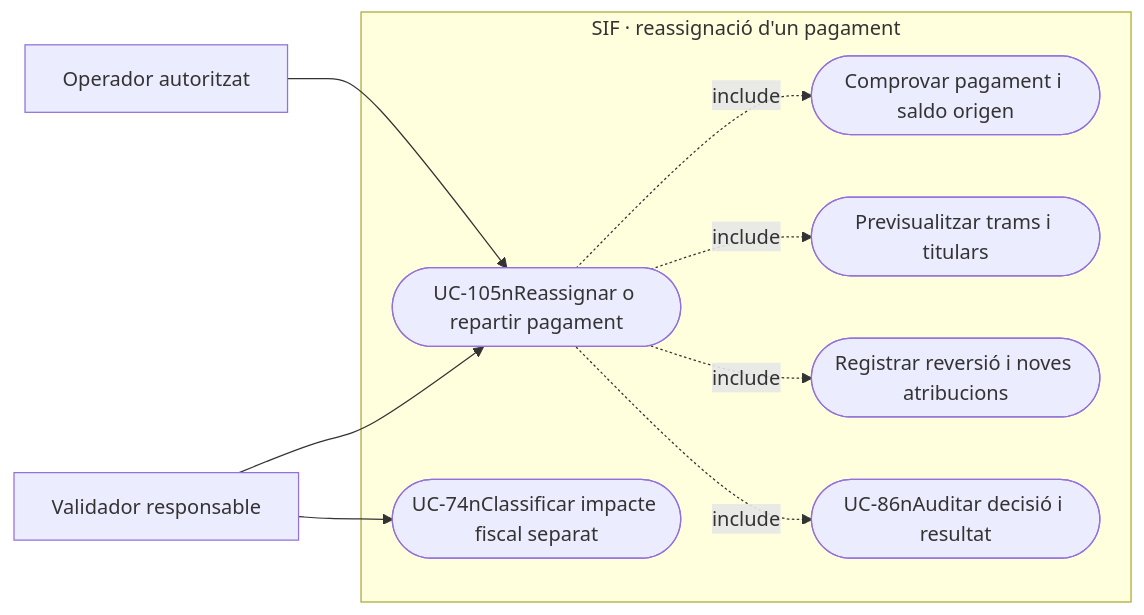
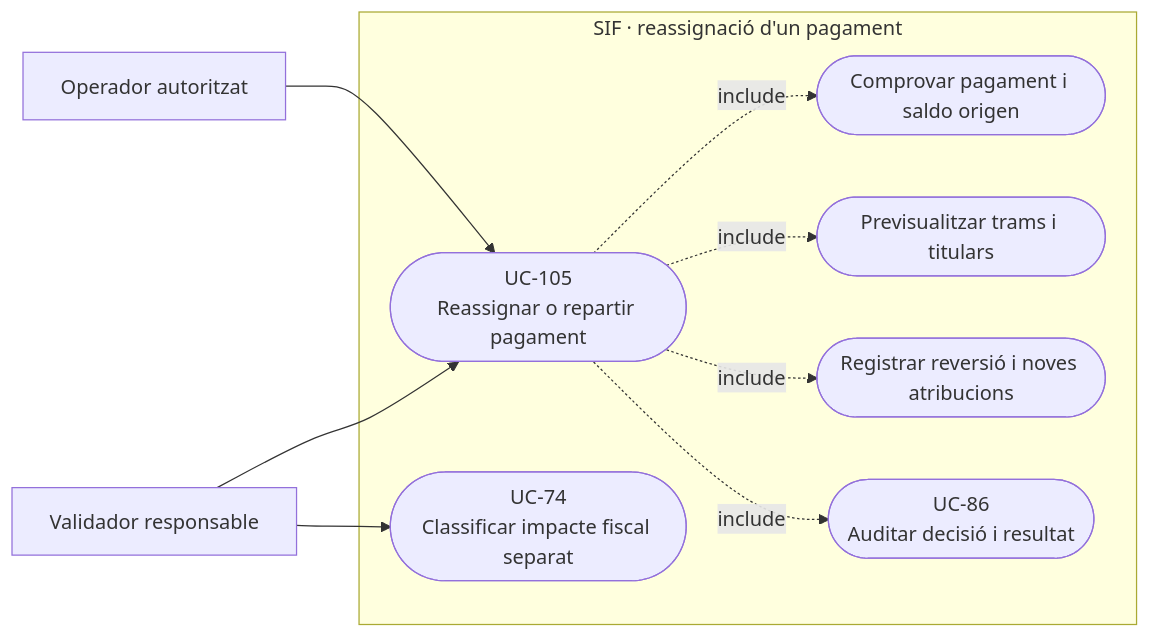
Before and after one commit to orgmeriemprismacat-del/verifactu: the second of 10 diagrams in documentacio/07-uml-integrat/uc-105-reassignar-repartir-pagament.md, drawn with Mermaid.

Commit message:
docs(uml): corregir salts Mermaid UC-105

````diff
--- a/documentacio/07-uml-integrat/uc-105-reassignar-repartir-pagament.md
+++ b/documentacio/07-uml-integrat/uc-105-reassignar-repartir-pagament.md
@@ -92,20 +92,20 @@
 ```mermaid
 flowchart LR
   a_0["Operador autoritzat"]
   a_1["Validador responsable"]
   subgraph SIF_BOUNDARY["SIF · reassignació d'un pagament"]
-    u_0(["UC-105nReassignar o repartir pagament"])
+    u_0(["UC-105<br/>Reassignar o repartir pagament"])
     u_1(["Comprovar pagament i saldo origen"])
     u_2(["Previsualitzar trams i titulars"])
     u_3(["Registrar reversió i noves atribucions"])
-    u_4(["UC-86nAuditar decisió i resultat"])
-    u_5(["UC-74nClassificar impacte fiscal separat"])
+    u_4(["UC-86<br/>Auditar decisió i resultat"])
+    u_5(["UC-74<br/>Classificar impacte fiscal separat"])
   end
   a_0 --> u_0
   a_1 --> u_0
   u_0 -.->|include| u_1
   u_0 -.->|include| u_2
   u_0 -.->|include| u_3
   u_0 -.->|include| u_4
   a_1 --> u_5
 ```
````
